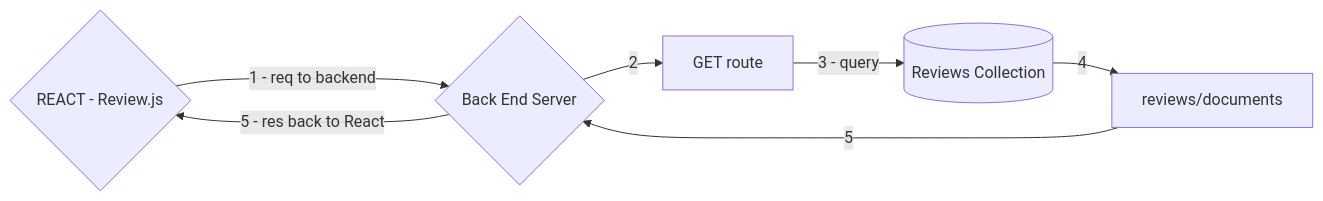
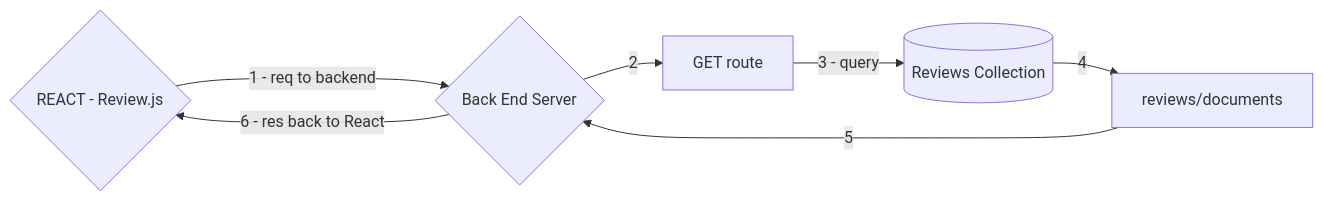
The third of 5 diagrams in front-end/README.md (ana1231/SuiteReview_FE), drawn with Mermaid before and after one commit. The commit also changed 1 other file, not shown here.

Commit message:
fixed diagram

````diff
--- a/front-end/README.md
+++ b/front-end/README.md
@@ -227,14 +227,14 @@
 ```mermaid
 graph LR;
 
     
     A{REACT - Review.js}--->| 1 - req to backend| B{Back End Server}
     B-->|2| C[GET route] 
     C-->|3 - query|id1[(Reviews Collection)]
     id1[(Reviews Collection)]-->|4| D[reviews/documents]
     D -->|5|B
-    B -->|5 - res back to React|A
+    B -->|6 - res back to React|A
 
 
 
 ```
````
